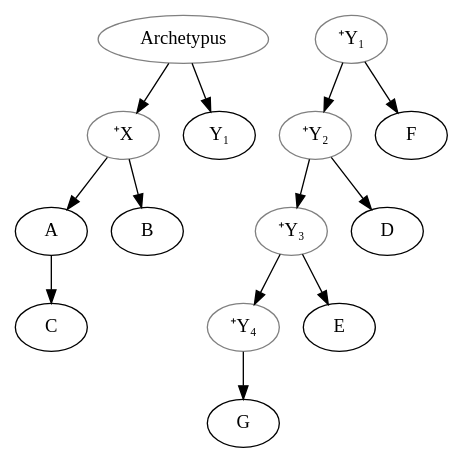
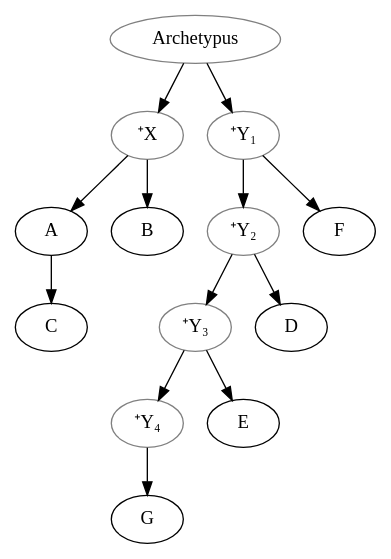
Before and after one commit to OpenStemmata/database: the diagram in data/gmh/Wagner_1972_SpiritualisPhilosophia/stemma.gv, drawn with Graphviz.

```diff
--- a/data/gmh/Wagner_1972_SpiritualisPhilosophia/stemma.gv
+++ b/data/gmh/Wagner_1972_SpiritualisPhilosophia/stemma.gv
@@ -1,20 +1,20 @@
 digraph {
 Archetypus [color="grey"] ;
 X [color="grey", label="⁺X"] ;
 Y1 [color="grey", label="⁺Y₁"] ;
 Y2 [color="grey", label="⁺Y₂"] ;
 Y3 [color="grey", label="⁺Y₃"] ;
 Y4 [color="grey", label="⁺Y₄"] ;
 Archetypus -> X ;
-Archetypus -> Y₁ ;
+Archetypus -> Y1 ;
 X -> A ;
 X -> B ;
 A -> C ;
 Y1 -> F ;
 Y1 -> Y2 ;
 Y2 -> D ;
 Y2 -> Y3 ;
 Y3 -> E ;
 Y3 -> Y4 ;
 Y4 -> G
 }
```
